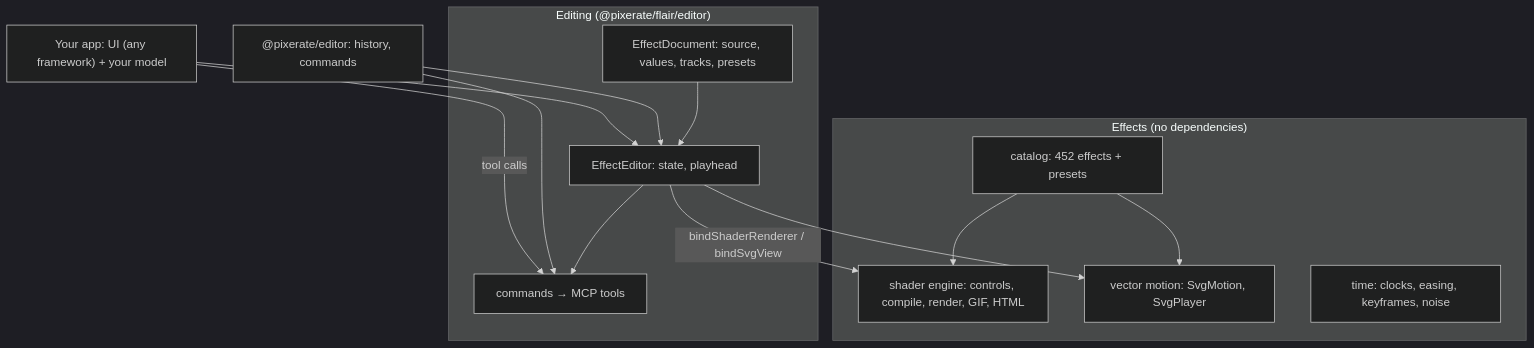
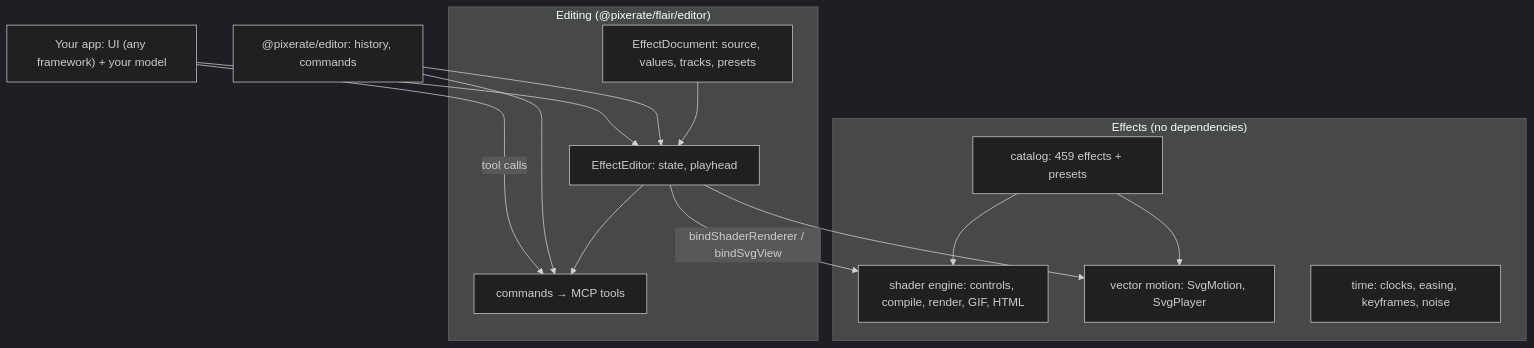
The diagram in README.md (Pixerate/flair), drawn with Mermaid (dark theme) before and after one commit. The commit also changed other lines of this file and 30 other files, not shown here.

````diff
--- a/README.md
+++ b/README.md
@@ -67,27 +67,27 @@
 ```mermaid
 graph TD
   subgraph Effects["Effects (no dependencies)"]
-    Catalog["catalog: 452 effects + presets"]
+    Catalog["catalog: 459 effects + presets"]
     Shader["shader engine: controls, compile, render, GIF, HTML"]
     Vector["vector motion: SvgMotion, SvgPlayer"]
     Time["time: clocks, easing, keyframes, noise"]
   end
   subgraph Editing["Editing (@pixerate/flair/editor)"]
     Doc["EffectDocument: source, values, tracks, presets"]
     Editor["EffectEditor: state, playhead"]
     Cmds["commands → MCP tools"]
   end
   PE["@pixerate/editor: history, commands"]
   Host["Your app: UI (any framework) + your model"]
 
   Catalog --> Shader
   Catalog --> Vector
   Doc --> Editor
   Editor --> Cmds
   PE --> Editor
   PE --> Cmds
   Editor -- bindShaderRenderer / bindSvgView --> Shader
   Editor --> Vector
   Host --> Editor
   Host -- tool calls --> Cmds
 ```
````
